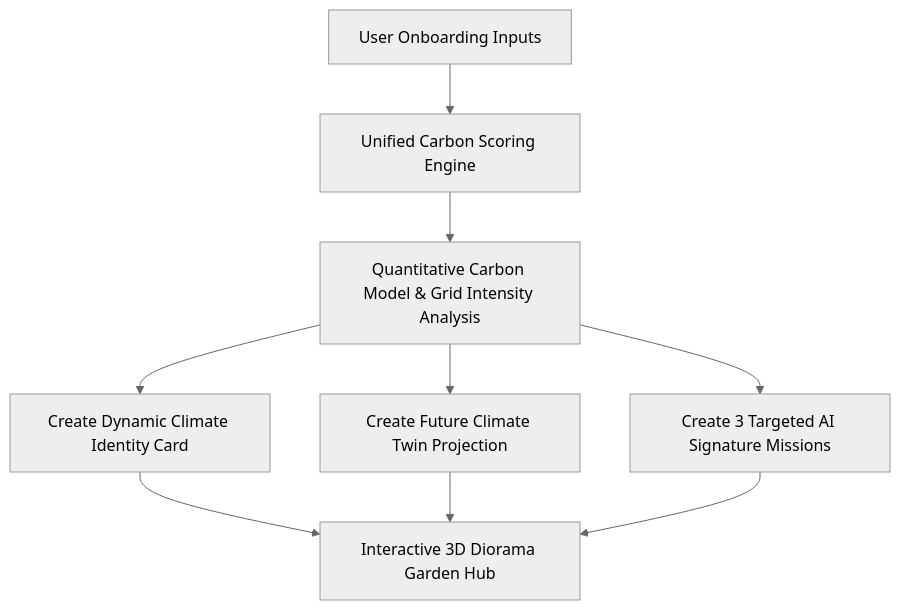
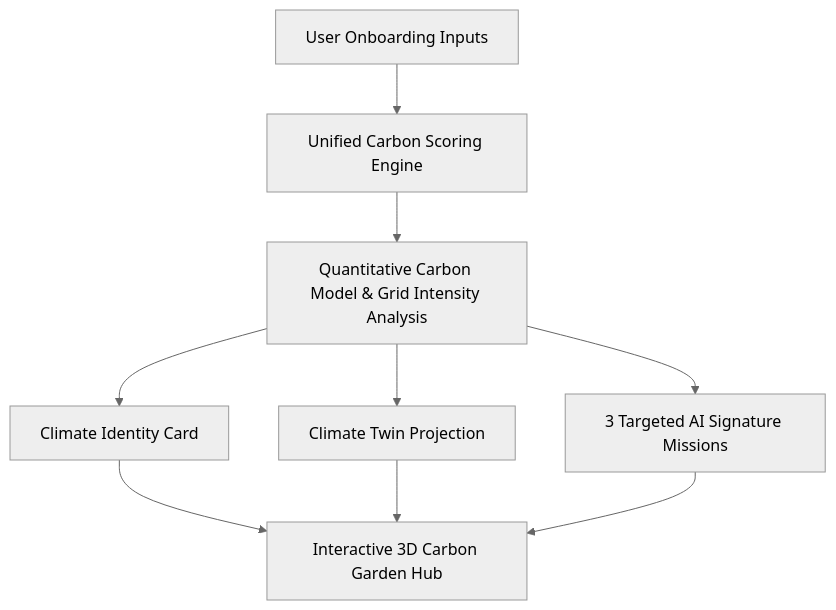
One commit to swadesh-glitch/greenpath-ai changed the diagram in README.md. Above: the diagram before and after it, drawn with Mermaid (neutral theme). The commit also changed other lines of this file and 9 other files, not shown here.

````diff
--- a/README.md
+++ b/README.md
@@ -26,9 +284,9 @@
 ```mermaid
 graph TD
     A[User Onboarding Inputs] --> B[Unified Carbon Scoring Engine]
     B --> C[Quantitative Carbon Model & Grid Intensity Analysis]
-    C --> D[Create Dynamic Climate Identity Card]
-    C --> E[Create Future Climate Twin Projection]
-    C --> F[Create 3 Targeted AI Signature Missions]
-    D & E & F --> G[Interactive 3D Diorama Garden Hub]
+    C --> D[Climate Identity Card]
+    C --> E[Climate Twin Projection]
+    C --> F[3 Targeted AI Signature Missions]
+    D & E & F --> G[Interactive 3D Carbon Garden Hub]
 ```
````
